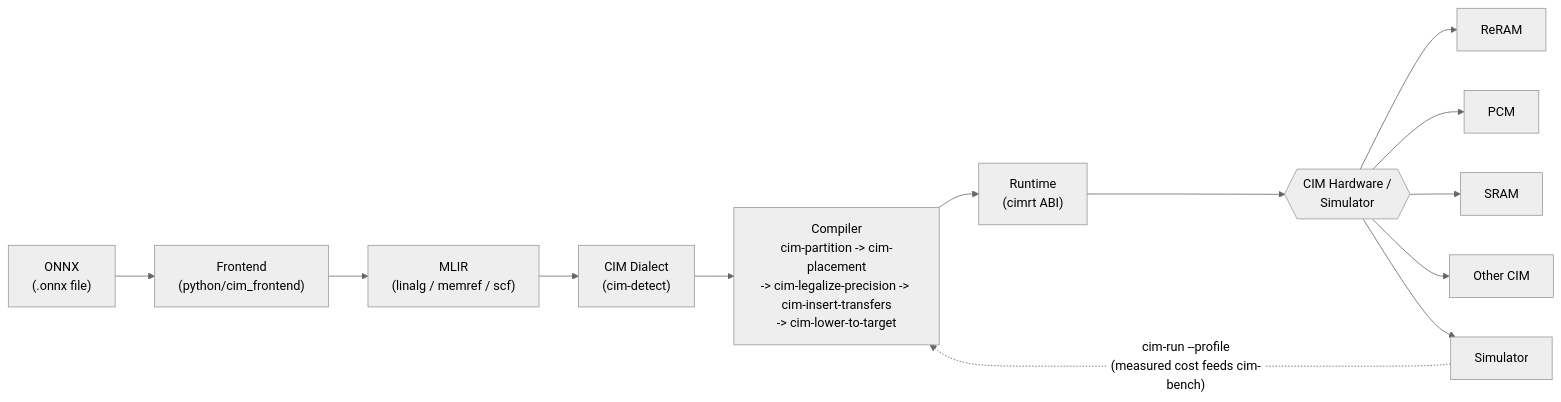
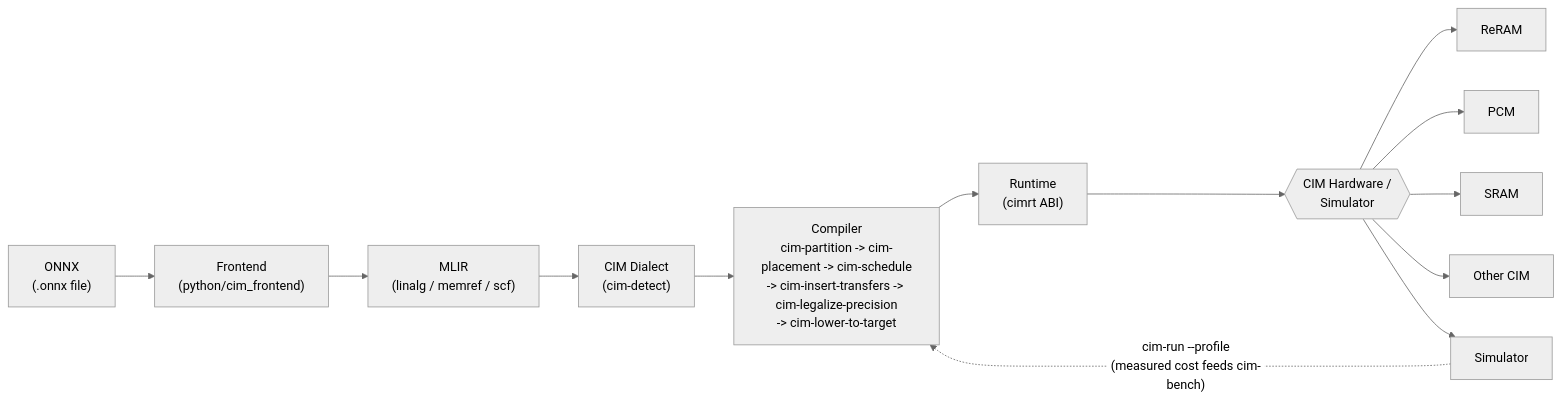
The diagram in docs/abstraction.md (Hajjy22/cim-mlir), drawn with Mermaid (neutral theme) before and after one commit. The commit also changed 1 other file, not shown here.

````diff
--- a/docs/abstraction.md
+++ b/docs/abstraction.md
@@ -7,17 +7,17 @@
 ```mermaid
 flowchart LR
     onnx["ONNX\n(.onnx file)"] --> fe["Frontend\n(python/cim_frontend)"]
     fe --> mlir["MLIR\n(linalg / memref / scf)"]
     mlir --> dialect["CIM Dialect\n(cim-detect)"]
-    dialect --> compiler["Compiler\ncim-partition -> cim-placement\n-> cim-legalize-precision -> cim-insert-transfers\n-> cim-lower-to-target"]
+    dialect --> compiler["Compiler\ncim-partition -> cim-placement -> cim-schedule\n-> cim-insert-transfers -> cim-legalize-precision\n-> cim-lower-to-target"]
     compiler --> runtime["Runtime\n(cimrt ABI)"]
     runtime --> hw{{"CIM Hardware /\nSimulator"}}
 
     hw --> reram["ReRAM"]
     hw --> pcm["PCM"]
     hw --> sram["SRAM"]
     hw --> other["Other CIM"]
     hw --> sim["Simulator"]
 
     sim -.->|"cim-run --profile\n(measured cost feeds cim-bench)"| compiler
 ```
````
